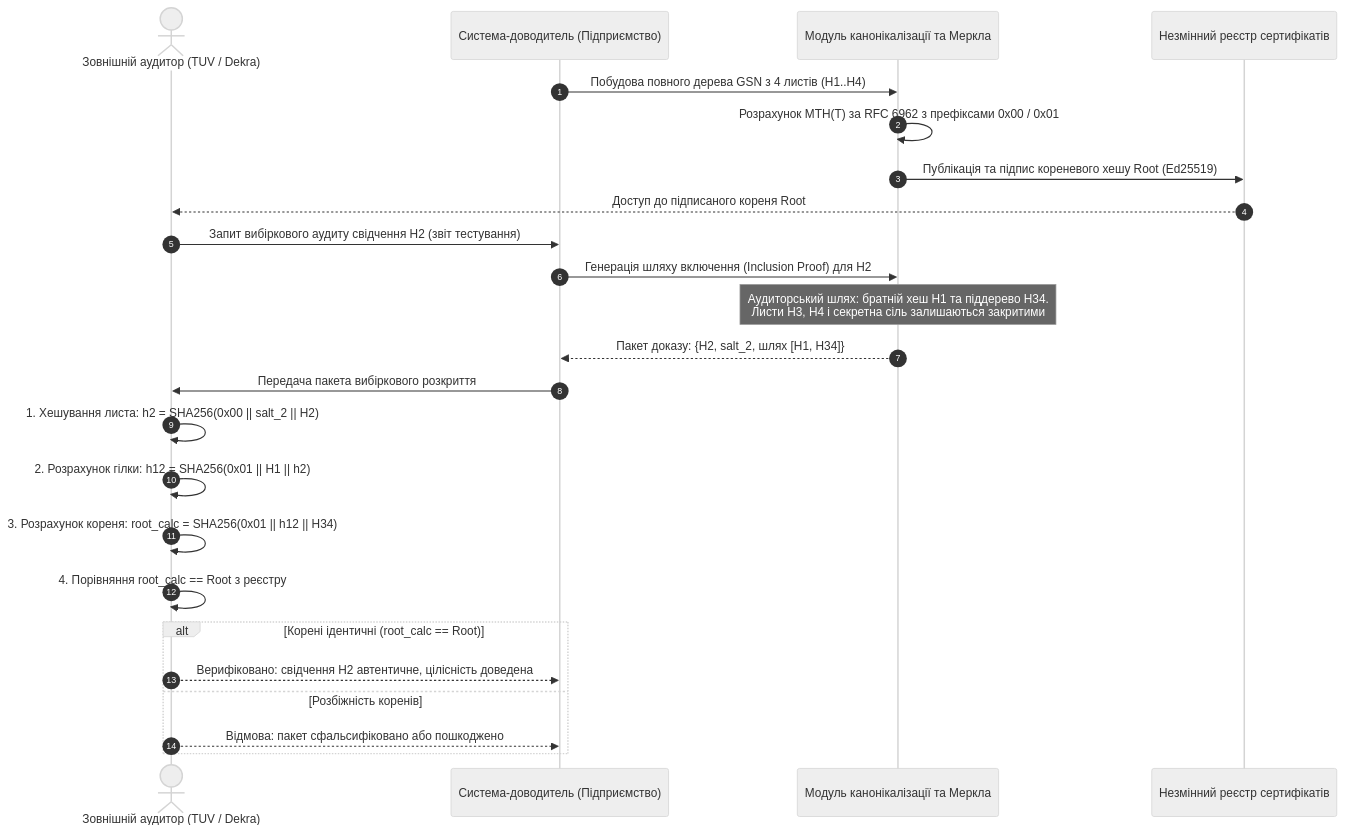
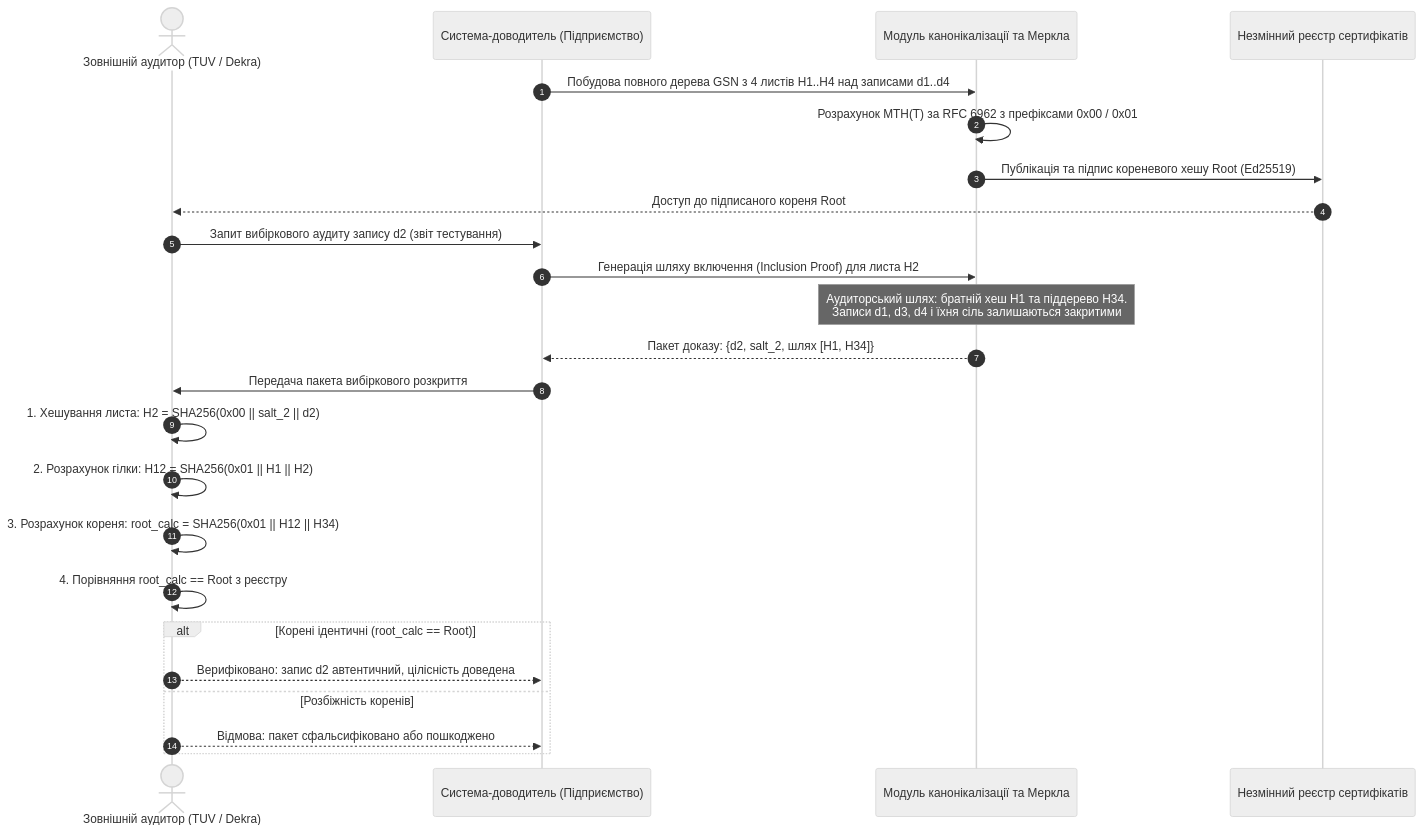
Before and after one commit to nick-fedchik/articles: the fifth of 6 diagrams in ExpertSystem/ch27-safety-case-gsn-synthesis.md, drawn with Mermaid (neutral theme).

Commit message:
docs(ch27): Merkle sequence diagram labels (UK only)

````diff
--- a/ExpertSystem/ch27-safety-case-gsn-synthesis.md
+++ b/ExpertSystem/ch27-safety-case-gsn-synthesis.md
@@ -347,32 +347,32 @@
 ```mermaid
 sequenceDiagram
     autonumber
     accTitle: Протокол вибіркового розкриття доказів через дерево Меркла
     accDescr: Взаємодія між системою-доводителем і зовнішнім аудитором для перевірки конкретного артефакту без розкриття чутливих даних.
     actor Aud as Зовнішній аудитор (TUV / Dekra)
     participant Prover as Система-доводитель (Підприємство)
     participant Merkle as Модуль канонікалізації та Меркла
     participant Ledger as Незмінний реєстр сертифікатів
 
-    Prover->>Merkle: Побудова повного дерева GSN з 4 листів (H1..H4)
+    Prover->>Merkle: Побудова повного дерева GSN з 4 листів H1..H4 над записами d1..d4
     Merkle->>Merkle: Розрахунок MTH(T) за RFC 6962 з префіксами 0x00 / 0x01
     Merkle->>Ledger: Публікація та підпис кореневого хешу Root (Ed25519)
     Ledger-->>Aud: Доступ до підписаного кореня Root
 
-    Aud->>Prover: Запит вибіркового аудиту свідчення H2 (звіт тестування)
-    Prover->>Merkle: Генерація шляху включення (Inclusion Proof) для H2
-    Note over Merkle: Аудиторський шлях: братній хеш H1 та піддерево H34.<br/>Листи H3, H4 і секретна сіль залишаються закритими
-    Merkle-->>Prover: Пакет доказу: {H2, salt_2, шлях [H1, H34]}
+    Aud->>Prover: Запит вибіркового аудиту запису d2 (звіт тестування)
+    Prover->>Merkle: Генерація шляху включення (Inclusion Proof) для листа H2
+    Note over Merkle: Аудиторський шлях: братній хеш H1 та піддерево H34.<br/>Записи d1, d3, d4 і їхня сіль залишаються закритими
+    Merkle-->>Prover: Пакет доказу: {d2, salt_2, шлях [H1, H34]}
     Prover->>Aud: Передача пакета вибіркового розкриття
 
-    Aud->>Aud: 1. Хешування листа: h2 = SHA256(0x00 || salt_2 || H2)
-    Aud->>Aud: 2. Розрахунок гілки: h12 = SHA256(0x01 || H1 || h2)
-    Aud->>Aud: 3. Розрахунок кореня: root_calc = SHA256(0x01 || h12 || H34)
+    Aud->>Aud: 1. Хешування листа: H2 = SHA256(0x00 || salt_2 || d2)
+    Aud->>Aud: 2. Розрахунок гілки: H12 = SHA256(0x01 || H1 || H2)
+    Aud->>Aud: 3. Розрахунок кореня: root_calc = SHA256(0x01 || H12 || H34)
     Aud->>Aud: 4. Порівняння root_calc == Root з реєстру
 
     alt Корені ідентичні (root_calc == Root)
-        Aud-->>Prover: Верифіковано: свідчення H2 автентичне, цілісність доведена
+        Aud-->>Prover: Верифіковано: запис d2 автентичний, цілісність доведена
     else Розбіжність коренів
         Aud-->>Prover: Відмова: пакет сфальсифіковано або пошкоджено
     end
 ```
````
